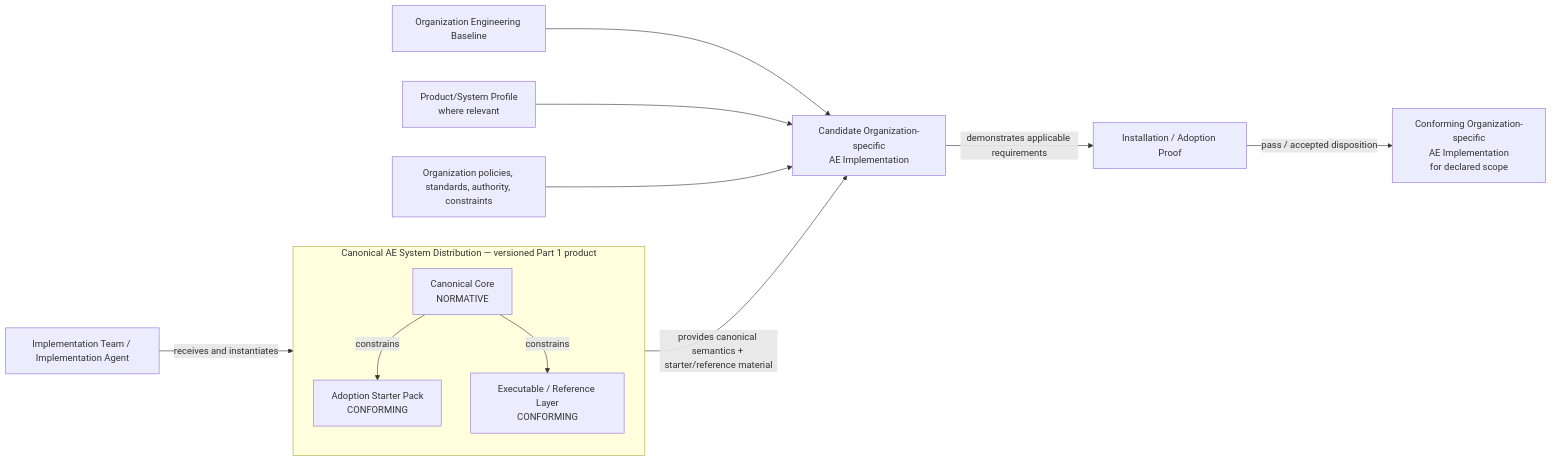
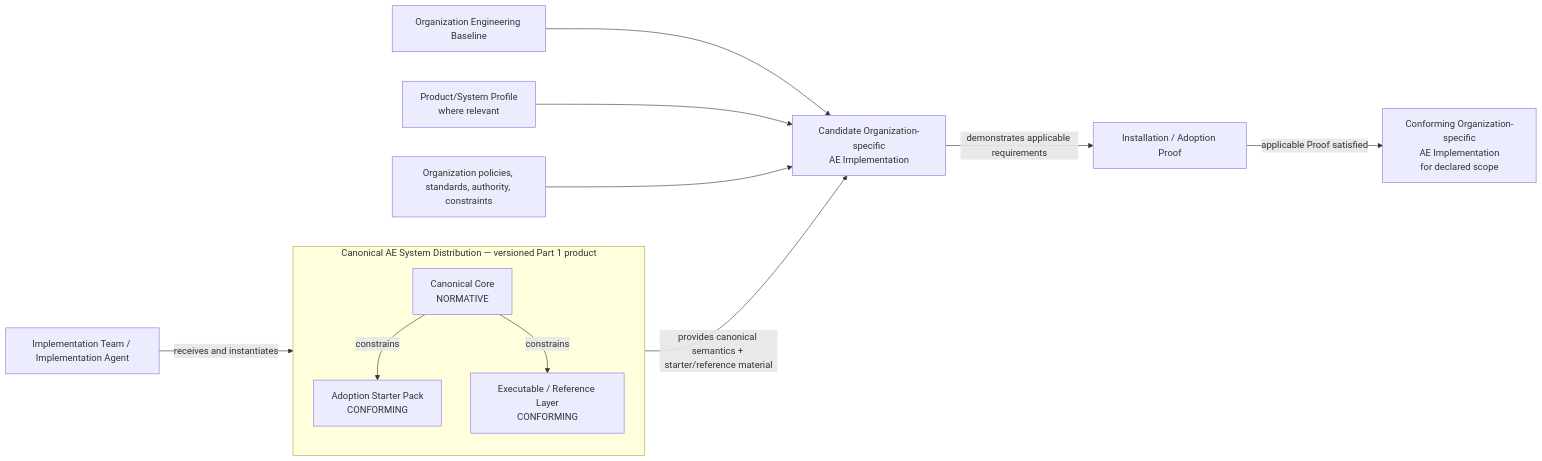
The first of 2 diagrams in L1-A_ARCHITECTURE_CONTEXT_VIEWS.md (jbrauhn/agentic-engineering-system), drawn with Mermaid before and after one commit. The commit also changed other lines of this file and 5 other files, not shown here.

````diff
--- a/L1-A_ARCHITECTURE_CONTEXT_VIEWS.md
+++ b/L1-A_ARCHITECTURE_CONTEXT_VIEWS.md
@@ -26,28 +26,28 @@
 ```mermaid
 flowchart LR
     IT["Implementation Team / Implementation Agent"]
 
     subgraph DIST["Canonical AE System Distribution — versioned Part 1 product"]
         CORE["Canonical Core\nNORMATIVE"]
         STARTER["Adoption Starter Pack\nCONFORMING"]
         REF["Executable / Reference Layer\nCONFORMING"]
         CORE -->|constrains| STARTER
         CORE -->|constrains| REF
     end
 
     OEB["Organization Engineering Baseline"]
     PSP["Product/System Profile\nwhere relevant"]
     ORG["Organization policies, standards, authority, constraints"]
 
     CAND["Candidate Organization-specific\nAE Implementation"]
     PROOF["Installation / Adoption Proof"]
     CONF["Conforming Organization-specific\nAE Implementation\nfor declared scope"]
 
     IT -->|receives and instantiates| DIST
     DIST -->|provides canonical semantics + starter/reference material| CAND
     OEB --> CAND
     PSP --> CAND
     ORG --> CAND
     CAND -->|demonstrates applicable requirements| PROOF
-    PROOF -->|pass / accepted disposition| CONF
+    PROOF -->|applicable Proof satisfied| CONF
 ```
````
